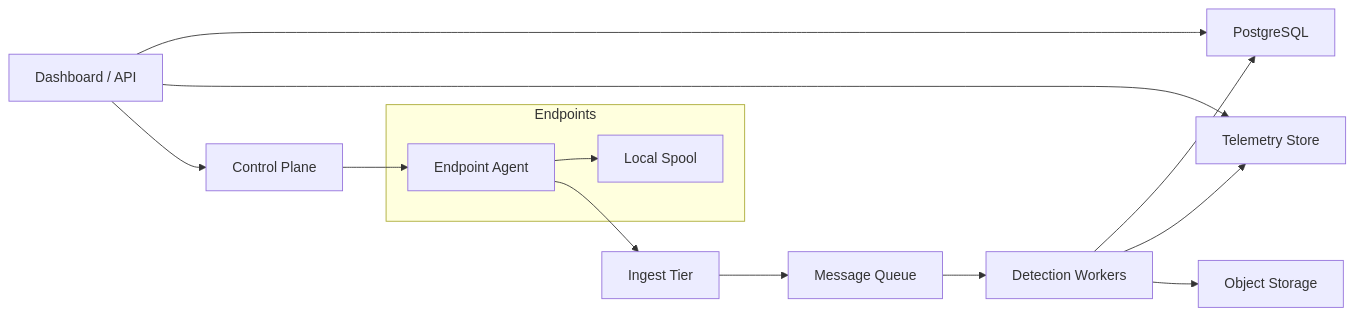
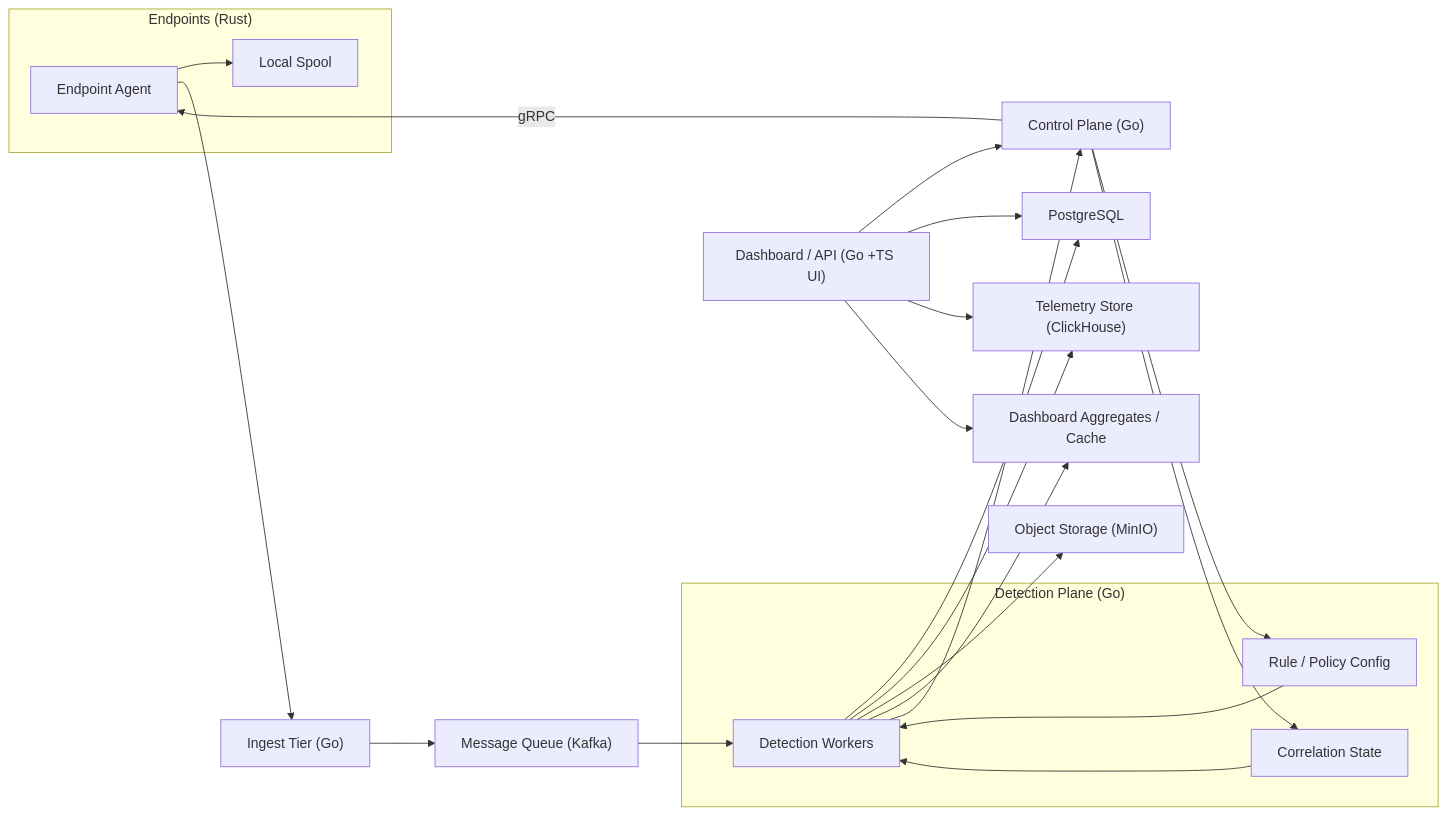
The diagram in README.md (Prashant-koi/Lavender), drawn with Mermaid before and after one commit.

````diff
--- a/README.md
+++ b/README.md
@@ -29,21 +29,36 @@
 ```mermaid
 flowchart LR
-      subgraph Endpoints
+      subgraph "Endpoints (Rust)"
           E["Endpoint Agent"]
           S["Local Spool"]
           E --> S
       end
 
-      E --> I["Ingest Tier"]
-      I --> Q["Message Queue"]
-      Q --> D["Detection Workers"]
+      E --> I["Ingest Tier (Go)"]
+      I --> Q["Message Queue (Kafka)"]
+
+      subgraph DetectionPlane["Detection Plane (Go)"]
+          D["Detection Workers"]
+          R["Rule / Policy Config"]
+          CS["Correlation State"]
+          R --> D
+          CS --> D
+      end
+
+      Q --> D
 
       D --> P["PostgreSQL"]
-      D --> T["Telemetry Store"]
-      D --> O["Object Storage"]
+      D --> T["Telemetry Store (ClickHouse)"]
+      D --> O["Object Storage (MinIO)"]
+      D --> A["Dashboard Aggregates / Cache"]
 
-      C["Control Plane"] --> E
-      U["Dashboard / API"] --> P
+      C["Control Plane (Go)"] -- "gRPC" --> E
+      C --> R
+      C --> CS
+      D --> C
+
+      U["Dashboard / API (Go +TS UI)"] --> C
+      U --> P
       U --> T
-      U --> C
+      U --> A
 ```
````
